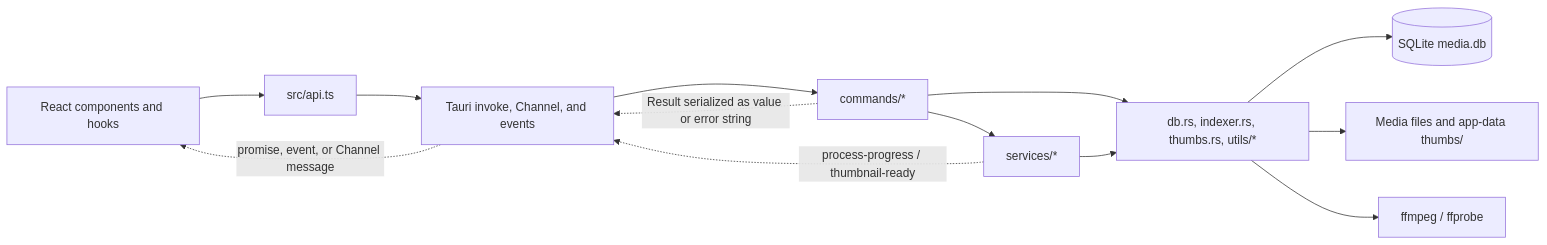
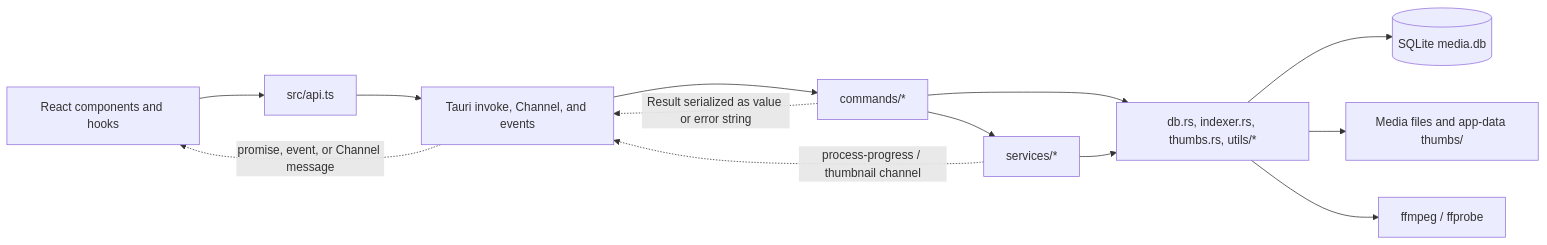
One commit to DawidRoguziak/tagrove changed the diagram in docs/architecture/system-overview.md. Above: the diagram before and after it, drawn with Mermaid. The commit also changed other lines of this file and 44 other files, not shown here.

````diff
--- a/docs/architecture/system-overview.md
+++ b/docs/architecture/system-overview.md
@@ -9,23 +9,23 @@
 ```mermaid
 flowchart LR
     UI["React components and hooks"]
     API["src/api.ts"]
     IPC["Tauri invoke, Channel, and events"]
     CMD["commands/*"]
     SVC["services/*"]
     CORE["db.rs, indexer.rs, thumbs.rs, utils/*"]
     DB[("SQLite media.db")]
     FS["Media files and app-data thumbs/"]
     TOOLS["ffmpeg / ffprobe"]
 
     UI --> API --> IPC --> CMD
     CMD --> SVC
     CMD --> CORE
     SVC --> CORE
     CORE --> DB
     CORE --> FS
     CORE --> TOOLS
     CMD -. "Result serialized as value or error string" .-> IPC
-    SVC -. "process-progress / thumbnail-ready" .-> IPC
+    SVC -. "process-progress / thumbnail channel" .-> IPC
     IPC -. "promise, event, or Channel message" .-> UI
 ```
````
